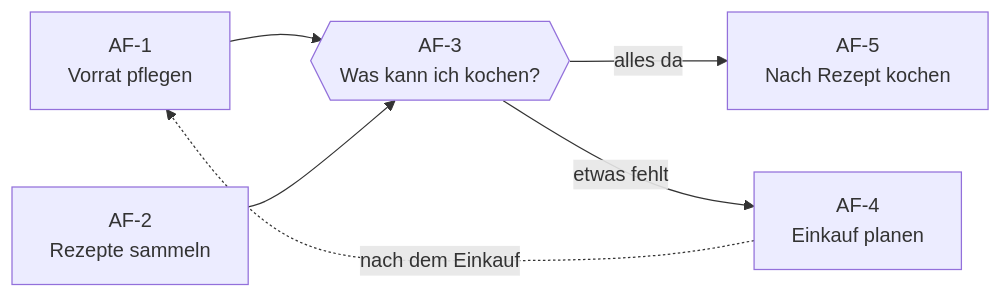
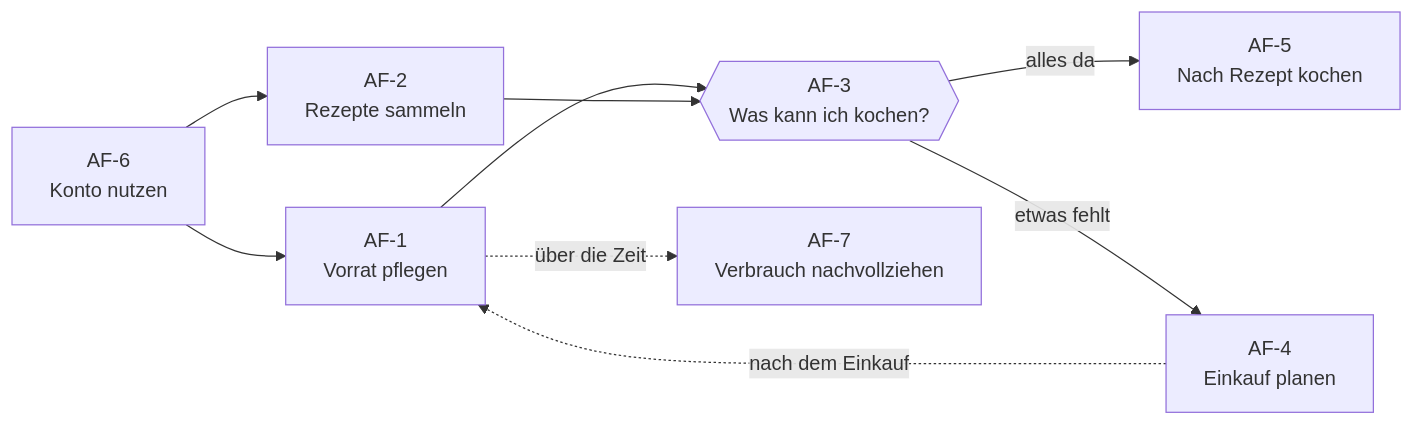
The first of 2 diagrams in docs/requirements.md (NeloBorcram/Jausi), drawn with Mermaid before and after one commit. The commit also changed other lines of this file and 8 other files, not shown here.

````diff
--- a/docs/requirements.md
+++ b/docs/requirements.md
@@ -29,8 +33,11 @@
 ```mermaid
 flowchart LR
+    AF6["AF-6<br/>Konto nutzen"] --> AF1
+    AF6 --> AF2
     AF1["AF-1<br/>Vorrat pflegen"] --> AF3{{"AF-3<br/>Was kann ich kochen?"}}
     AF2["AF-2<br/>Rezepte sammeln"] --> AF3
     AF3 -->|"alles da"| AF5["AF-5<br/>Nach Rezept kochen"]
     AF3 -->|"etwas fehlt"| AF4["AF-4<br/>Einkauf planen"]
     AF4 -.->|"nach dem Einkauf"| AF1
+    AF1 -.->|"über die Zeit"| AF7["AF-7<br/>Verbrauch nachvollziehen"]
 ```
````
